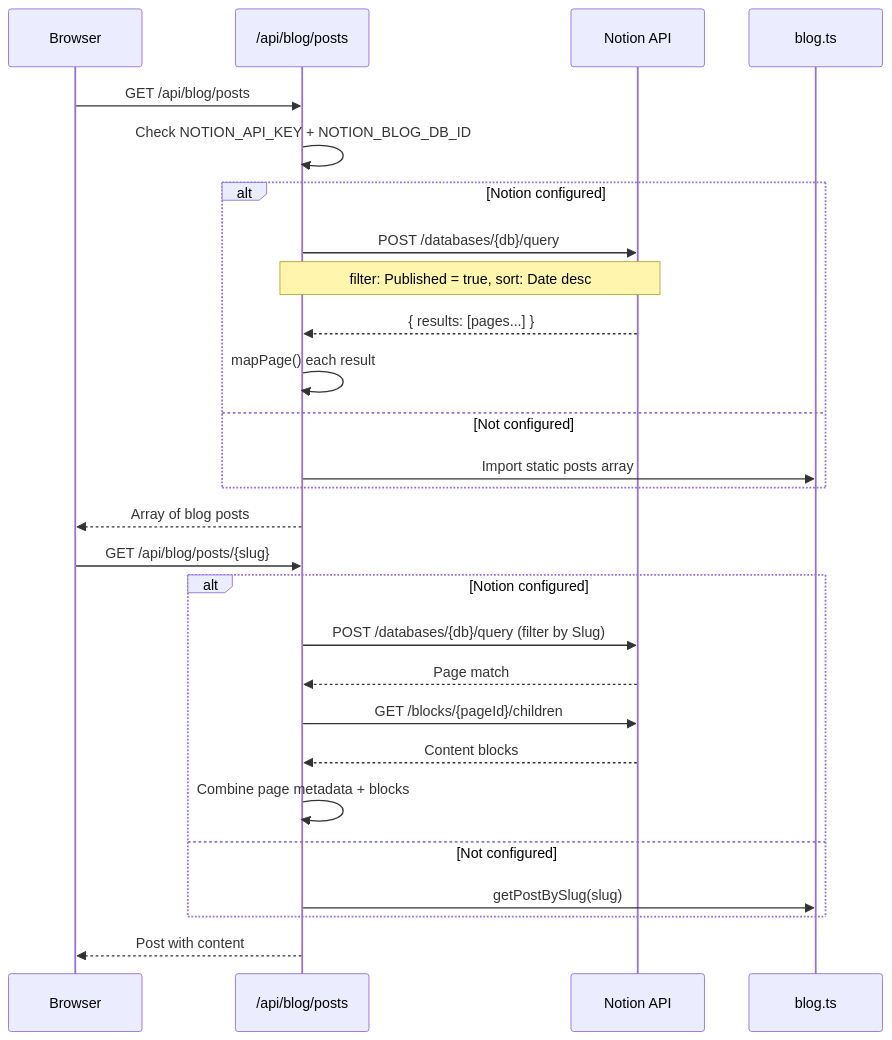
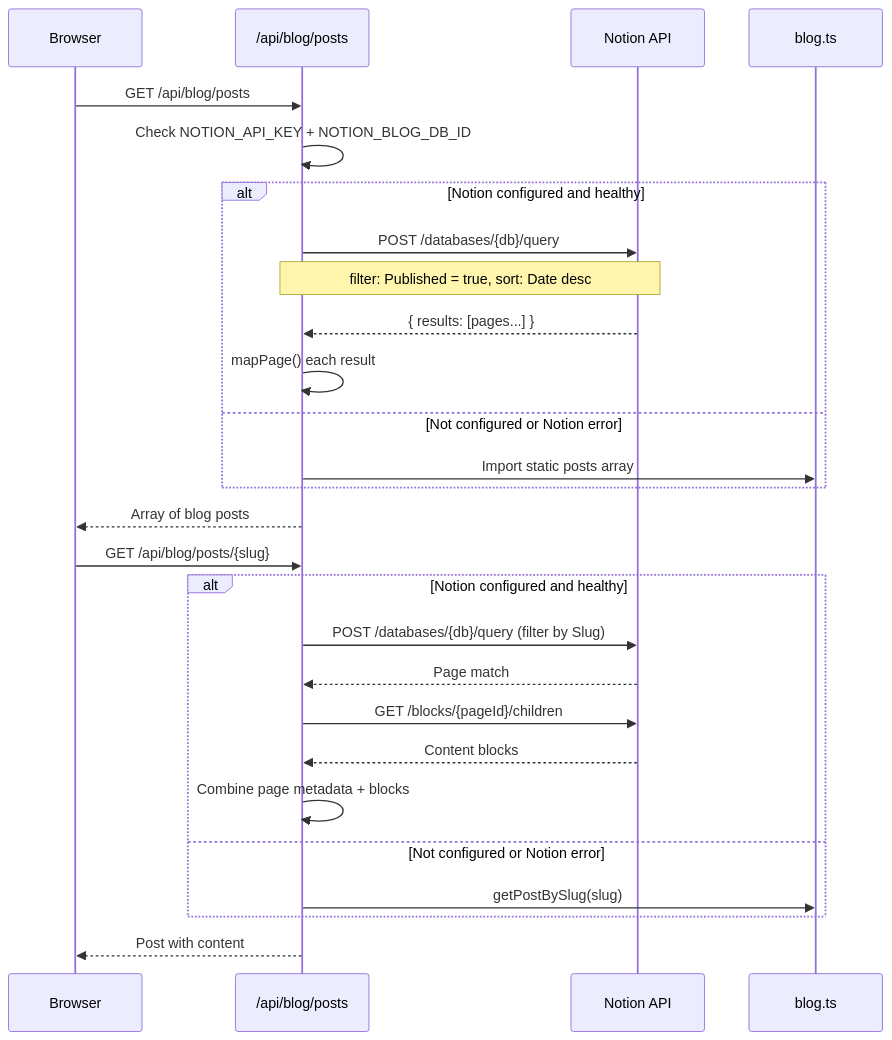
The second of 2 diagrams in docs/NOTION-CMS.md (Themis128/cloudless.gr), drawn with Mermaid before and after one commit. The commit also changed other lines of this file and 14 other files, not shown here.

````diff
--- a/docs/NOTION-CMS.md
+++ b/docs/NOTION-CMS.md
@@ -31,32 +31,32 @@
 ```mermaid
 sequenceDiagram
     participant Browser as Browser
     participant API as /api/blog/posts
     participant Notion as Notion API
     participant Static as blog.ts
 
     Browser->>API: GET /api/blog/posts
     API->>API: Check NOTION_API_KEY + NOTION_BLOG_DB_ID
 
-    alt Notion configured
+    alt Notion configured and healthy
         API->>Notion: POST /databases/{db}/query
         Note over API,Notion: filter: Published = true, sort: Date desc
         Notion-->>API: { results: [pages...] }
         API->>API: mapPage() each result
-    else Not configured
+    else Not configured or Notion error
         API->>Static: Import static posts array
     end
     API-->>Browser: Array of blog posts
 
     Browser->>API: GET /api/blog/posts/{slug}
-    alt Notion configured
+    alt Notion configured and healthy
         API->>Notion: POST /databases/{db}/query (filter by Slug)
         Notion-->>API: Page match
         API->>Notion: GET /blocks/{pageId}/children
         Notion-->>API: Content blocks
         API->>API: Combine page metadata + blocks
-    else Not configured
+    else Not configured or Notion error
         API->>Static: getPostBySlug(slug)
     end
     API-->>Browser: Post with content
 ```
````
